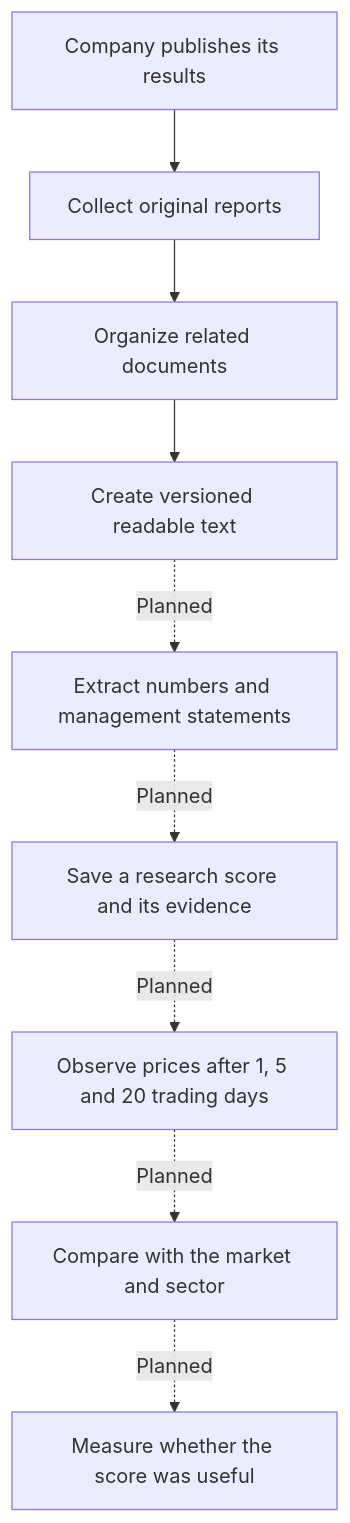
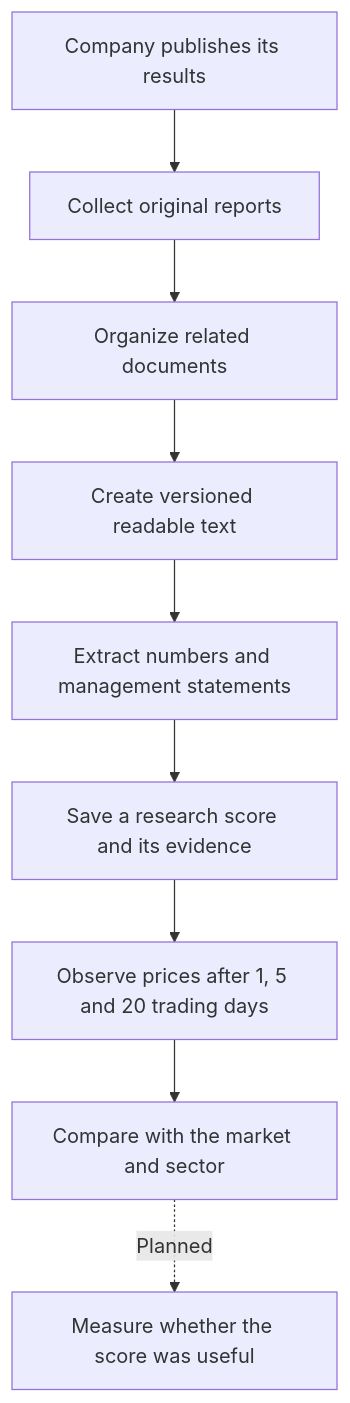
The first of 16 diagrams in docs/visual-guide.md (thstamod/chiron-core), drawn with Mermaid before and after one commit. The commit also changed other lines of this file and 10 other files, not shown here.

````diff
--- a/docs/visual-guide.md
+++ b/docs/visual-guide.md
@@ -11,11 +11,11 @@
 ```mermaid
 flowchart TD
     A[Company publishes its results] --> B[Collect original reports]
     B --> C[Organize related documents]
     C --> T[Create versioned readable text]
-    T -. Planned .-> D[Extract numbers and management statements]
-    D -. Planned .-> E[Save a research score and its evidence]
-    E -. Planned .-> F[Observe prices after 1, 5 and 20 trading days]
-    F -. Planned .-> G[Compare with the market and sector]
+    T --> D[Extract numbers and management statements]
+    D --> E[Save a research score and its evidence]
+    E --> F[Observe prices after 1, 5 and 20 trading days]
+    F --> G[Compare with the market and sector]
     G -. Planned .-> H[Measure whether the score was useful]
 ```
````
